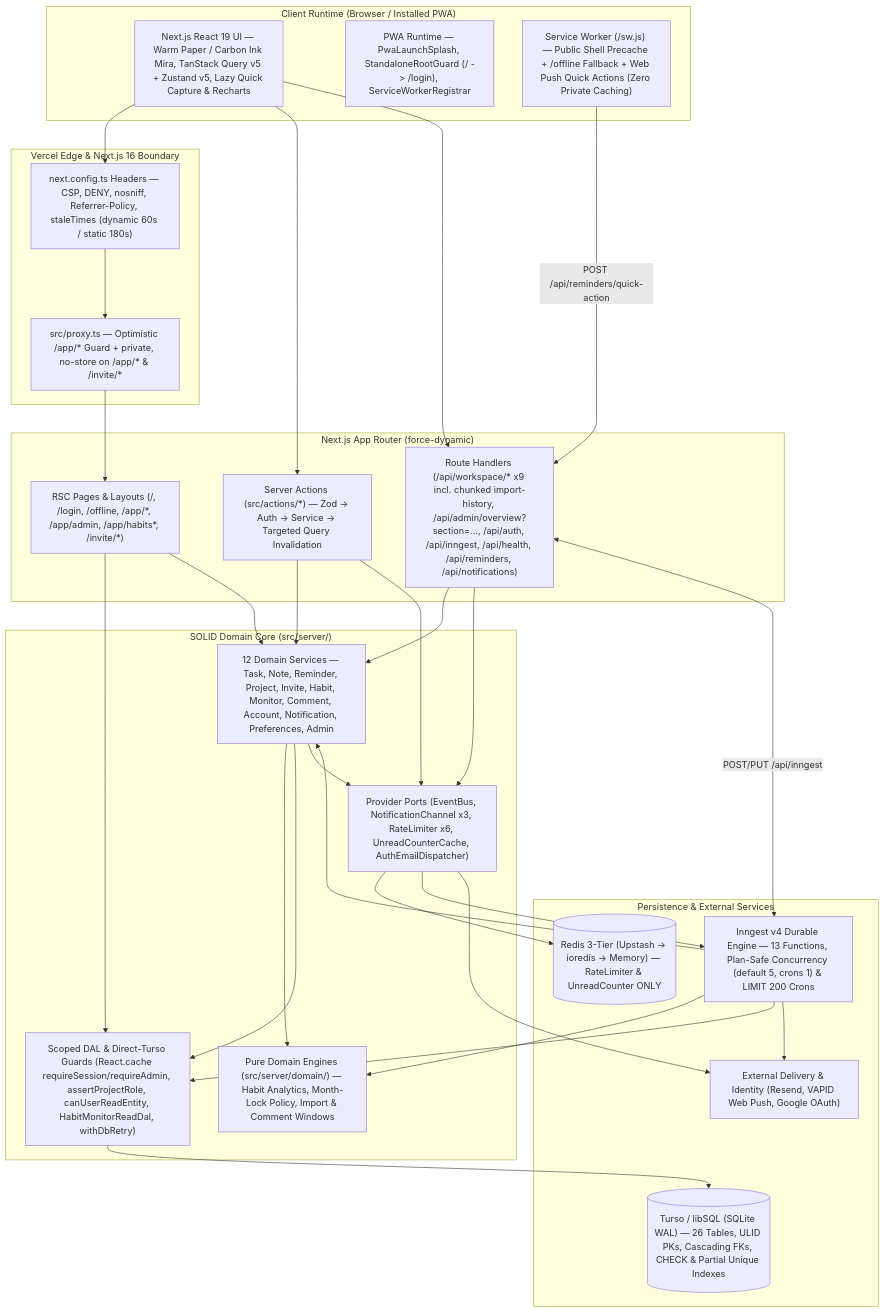
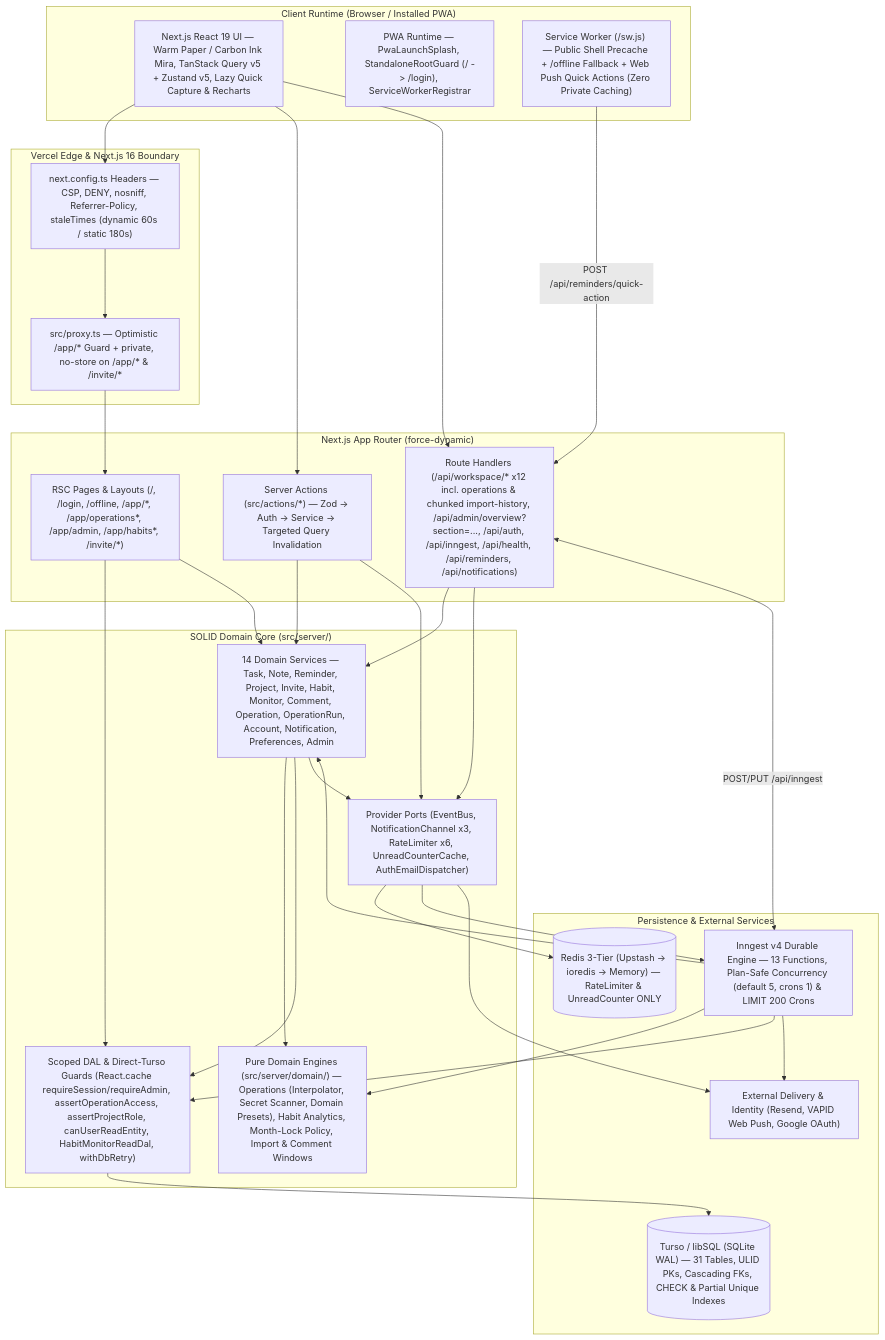
One commit to Marvin-MM/folio_tracker changed the first of 12 diagrams in docs/ARCHITECTURE.md. Above: the diagram before and after it, drawn with Mermaid. The commit also changed other lines of this file and 59 other files, not shown here.

Commit message:
feat(operations): implement Operations Expansion Phase 1 blueprints, versioning, secret scanner & offline guided runner

````diff
--- a/docs/ARCHITECTURE.md
+++ b/docs/ARCHITECTURE.md
@@ -11,57 +11,57 @@
 ```mermaid
 flowchart TB
   subgraph Client["Client Runtime (Browser / Installed PWA)"]
     UI["Next.js React 19 UI — Warm Paper / Carbon Ink Mira, TanStack Query v5 + Zustand v5, Lazy Quick Capture & Recharts"]
     PWA["PWA Runtime — PwaLaunchSplash, StandaloneRootGuard (/ -> /login), ServiceWorkerRegistrar"]
     SW["Service Worker (/sw.js) — Public Shell Precache + /offline Fallback + Web Push Quick Actions (Zero Private Caching)"]
   end
 
   subgraph Edge["Vercel Edge & Next.js 16 Boundary"]
     HDR["next.config.ts Headers — CSP, DENY, nosniff, Referrer-Policy, staleTimes (dynamic 60s / static 180s)"]
     PRX["src/proxy.ts — Optimistic /app/* Guard + private, no-store on /app/* & /invite/*"]
   end
 
   subgraph App["Next.js App Router (force-dynamic)"]
-    RSC["RSC Pages & Layouts (/, /login, /offline, /app/*, /app/admin, /app/habits*, /invite/*)"]
+    RSC["RSC Pages & Layouts (/, /login, /offline, /app/*, /app/operations*, /app/admin, /app/habits*, /invite/*)"]
     ACT["Server Actions (src/actions/*) — Zod -> Auth -> Service -> Targeted Query Invalidation"]
-    API["Route Handlers (/api/workspace/* x9 incl. chunked import-history, /api/admin/overview?section=..., /api/auth, /api/inngest, /api/health, /api/reminders, /api/notifications)"]
+    API["Route Handlers (/api/workspace/* x12 incl. operations & chunked import-history, /api/admin/overview?section=..., /api/auth, /api/inngest, /api/health, /api/reminders, /api/notifications)"]
   end
 
   subgraph Core["SOLID Domain Core (src/server/)"]
-    DOM["Pure Domain Engines (src/server/domain/) — Habit Analytics, Month-Lock Policy, Import & Comment Windows"]
-    SVC["12 Domain Services — Task, Note, Reminder, Project, Invite, Habit, Monitor, Comment, Account, Notification, Preferences, Admin"]
-    DAL["Scoped DAL & Direct-Turso Guards (React.cache requireSession/requireAdmin, assertProjectRole, canUserReadEntity, HabitMonitorReadDal, withDbRetry)"]
+    DOM["Pure Domain Engines (src/server/domain/) — Operations (Interpolator, Secret Scanner, Domain Presets), Habit Analytics, Month-Lock Policy, Import & Comment Windows"]
+    SVC["14 Domain Services — Task, Note, Reminder, Project, Invite, Habit, Monitor, Comment, Operation, OperationRun, Account, Notification, Preferences, Admin"]
+    DAL["Scoped DAL & Direct-Turso Guards (React.cache requireSession/requireAdmin, assertOperationAccess, assertProjectRole, canUserReadEntity, HabitMonitorReadDal, withDbRetry)"]
     PRV["Provider Ports (EventBus, NotificationChannel x3, RateLimiter x6, UnreadCounterCache, AuthEmailDispatcher)"]
   end
 
   subgraph Infra["Persistence & External Services"]
-    DB[("Turso / libSQL (SQLite WAL) — 26 Tables, ULID PKs, Cascading FKs, CHECK & Partial Unique Indexes")]
+    DB[("Turso / libSQL (SQLite WAL) — 31 Tables, ULID PKs, Cascading FKs, CHECK & Partial Unique Indexes")]
     RDS[("Redis 3-Tier (Upstash -> ioredis -> Memory) — RateLimiter & UnreadCounter ONLY")]
     ING["Inngest v4 Durable Engine — 13 Functions, Plan-Safe Concurrency (default 5, crons 1) & LIMIT 200 Crons"]
     EXT["External Delivery & Identity (Resend, VAPID Web Push, Google OAuth)"]
   end
 
   UI --> HDR --> PRX --> RSC
   UI --> ACT
   UI --> API
   SW -->|"POST /api/reminders/quick-action"| API
 
   RSC --> DAL
   RSC --> SVC
   ACT --> SVC
   ACT --> PRV
   API --> SVC
   API --> PRV
   API <-->|"POST/PUT /api/inngest"| ING
 
   SVC --> DOM
   SVC --> DAL --> DB
   SVC --> PRV
   PRV --> RDS
   PRV --> ING
   PRV --> EXT
   ING --> DOM
   ING --> SVC
   ING --> DAL
   ING --> EXT
 ```
````
